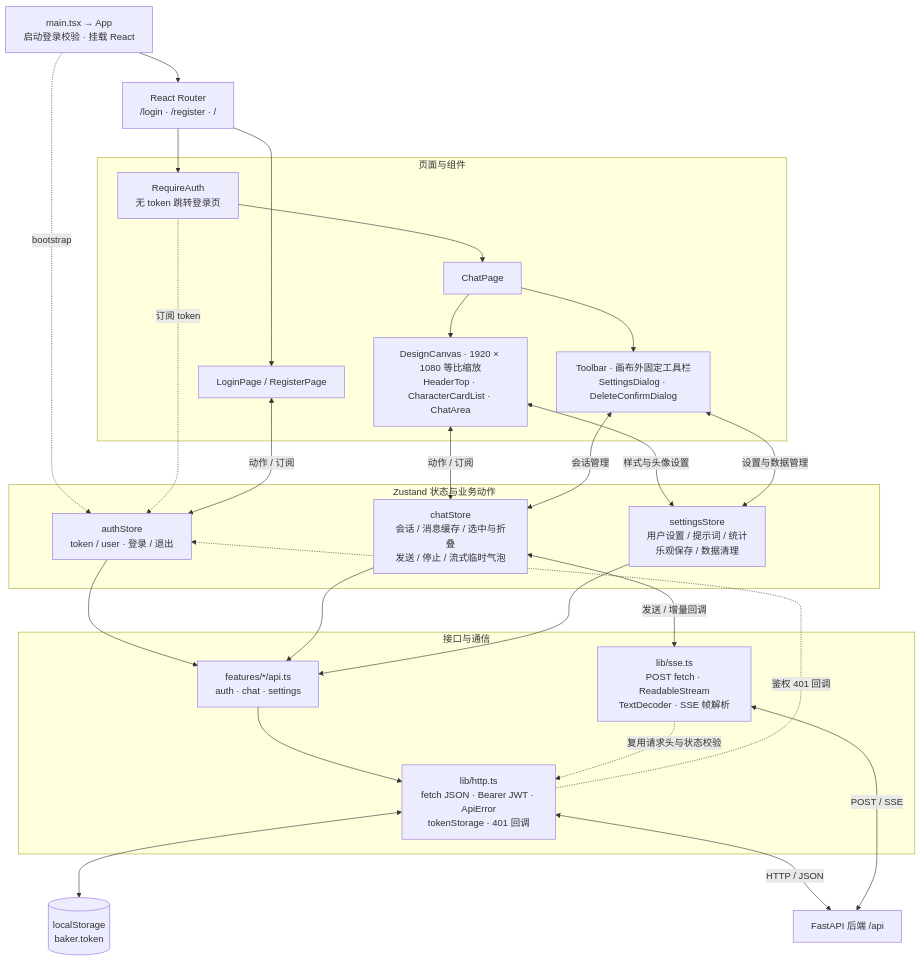
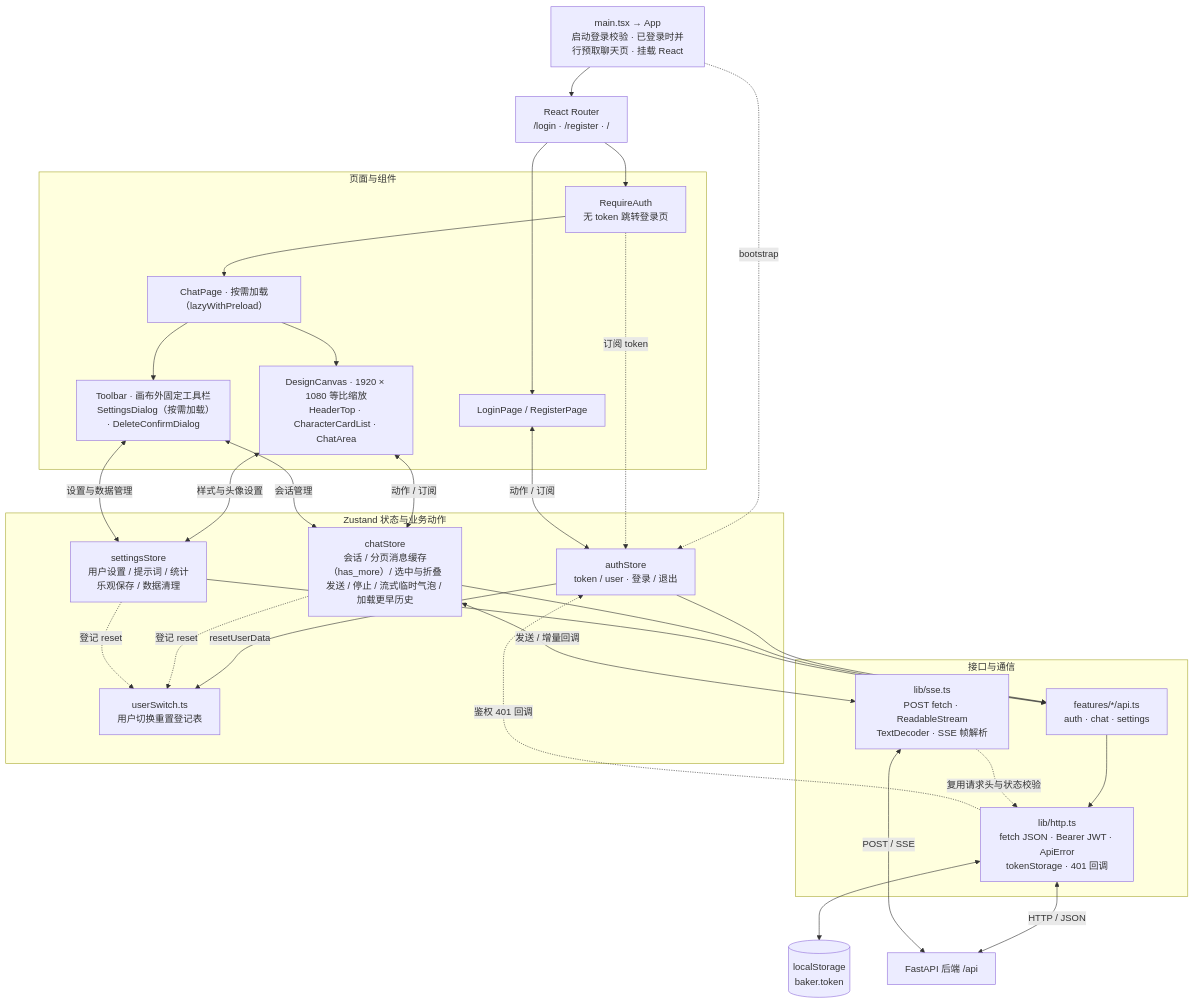
One commit to Youri2000/baker-chat changed the first of 3 diagrams in docs/diagrams/frontend-architecture.md. Above: the diagram before and after it, drawn with Mermaid. The commit also changed other lines of this file and 6 other files, not shown here.

````diff
--- a/docs/diagrams/frontend-architecture.md
+++ b/docs/diagrams/frontend-architecture.md
@@ -7,52 +7,56 @@
 ```mermaid
 flowchart TB
-    Entry["main.tsx → App<br/>启动登录校验 · 挂载 React"]
+    Entry["main.tsx → App<br/>启动登录校验 · 已登录时并行预取聊天页 · 挂载 React"]
     Router["React Router<br/>/login · /register · /"]
 
     subgraph UI["页面与组件"]
         AuthUI["LoginPage / RegisterPage"]
         Guard["RequireAuth<br/>无 token 跳转登录页"]
-        Page["ChatPage"]
+        Page["ChatPage · 按需加载（lazyWithPreload）"]
         Canvas["DesignCanvas · 1920 × 1080 等比缩放<br/>HeaderTop · CharacterCardList · ChatArea"]
-        Tools["Toolbar · 画布外固定工具栏<br/>SettingsDialog · DeleteConfirmDialog"]
+        Tools["Toolbar · 画布外固定工具栏<br/>SettingsDialog（按需加载）· DeleteConfirmDialog"]
     end
 
     subgraph State["Zustand 状态与业务动作"]
         Auth["authStore<br/>token / user · 登录 / 退出"]
-        Chat["chatStore<br/>会话 / 消息缓存 / 选中与折叠<br/>发送 / 停止 / 流式临时气泡"]
+        Chat["chatStore<br/>会话 / 分页消息缓存（has_more）/ 选中与折叠<br/>发送 / 停止 / 流式临时气泡 / 加载更早历史"]
         Settings["settingsStore<br/>用户设置 / 提示词 / 统计<br/>乐观保存 / 数据清理"]
+        Switch["userSwitch.ts<br/>用户切换重置登记表"]
     end
 
     subgraph Network["接口与通信"]
         API["features/*/api.ts<br/>auth · chat · settings"]
         HTTP["lib/http.ts<br/>fetch JSON · Bearer JWT · ApiError<br/>tokenStorage · 401 回调"]
         SSE["lib/sse.ts<br/>POST fetch · ReadableStream<br/>TextDecoder · SSE 帧解析"]
     end
 
     Local[("localStorage<br/>baker.token")]
     Backend["FastAPI 后端 /api"]
 
     Entry --> Router
     Entry -.->|"bootstrap"| Auth
     Router --> AuthUI
     Router --> Guard
     Guard --> Page
     Guard -.->|"订阅 token"| Auth
     Page --> Canvas
     Page --> Tools
     AuthUI <-->|"动作 / 订阅"| Auth
     Canvas <-->|"动作 / 订阅"| Chat
     Canvas <-->|"样式与头像设置"| Settings
     Tools <-->|"会话管理"| Chat
     Tools <-->|"设置与数据管理"| Settings
+    Auth -->|"resetUserData"| Switch
+    Chat -.->|"登记 reset"| Switch
+    Settings -.->|"登记 reset"| Switch
     Auth --> API
     Chat --> API
     Settings --> API
     API --> HTTP
     Chat <-->|"发送 / 增量回调"| SSE
     SSE -.->|"复用请求头与状态校验"| HTTP
     HTTP <--> Local
     HTTP <-->|"HTTP / JSON"| Backend
     SSE <-->|"POST / SSE"| Backend
     HTTP -.->|"鉴权 401 回调"| Auth
 ```
````
